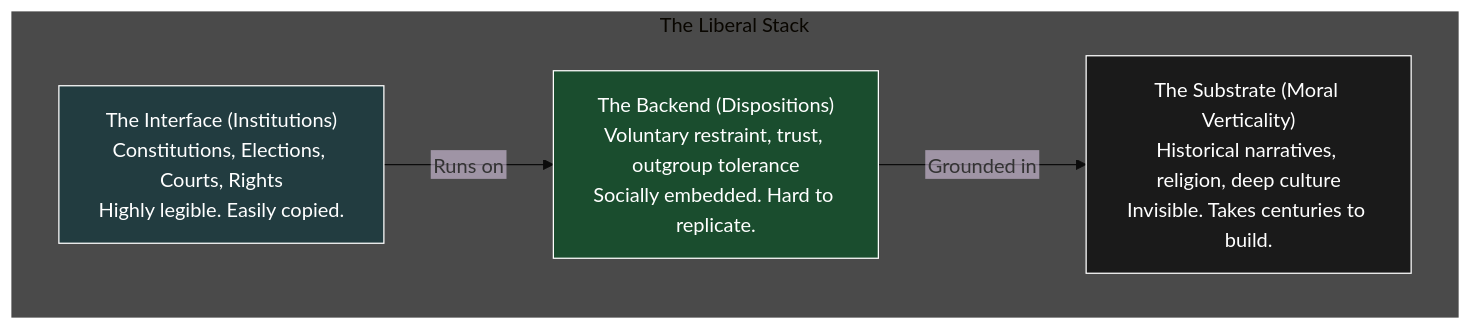
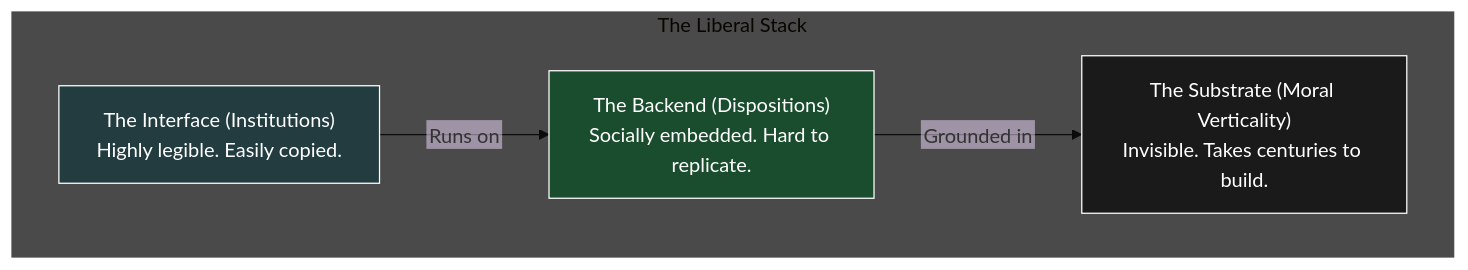
Before and after one commit to Shelbournator/thoughts: the diagram in _posts/2026-04-01-the-liberal-interface.md, drawn with Mermaid (base theme).

````diff
--- a/_posts/2026-04-01-the-liberal-interface.md
+++ b/_posts/2026-04-01-the-liberal-interface.md
@@ -96,17 +96,17 @@
 ```mermaid
 %%{init: { "flowchart": { "htmlLabels": false } } }%%
 graph TD
     subgraph S["The Liberal Stack"]
-        L1["The Interface (Institutions)<br/>Constitutions, Elections, Courts, Rights<br/>Highly legible. Easily copied."]
-        L2["The Backend (Dispositions)<br/>Voluntary restraint, trust, outgroup tolerance<br/>Socially embedded. Hard to replicate."]
-        L3["The Substrate (Moral Verticality)<br/>Historical narratives, religion, deep culture<br/>Invisible. Takes centuries to build."]
+        L1["The Interface (Institutions)<br/>Highly legible. Easily copied."]
+        L2["The Backend (Dispositions)<br/>Socially embedded. Hard to replicate."]
+        L3["The Substrate (Moral Verticality)<br/>Invisible. Takes centuries to build."]
     end
 
     L1 -->|Runs on| L2
     L2 -->|Grounded in| L3
 
     style S fill:#4a4a4a,stroke:#4a4a4a,color:#fff
     style L1 fill:#223c40,stroke:#fff,color:#fff
     style L2 fill:#1a4d2e,stroke:#fff,color:#fff
     style L3 fill:#1a1a1a,stroke:#fff,color:#fff
 ```
````
